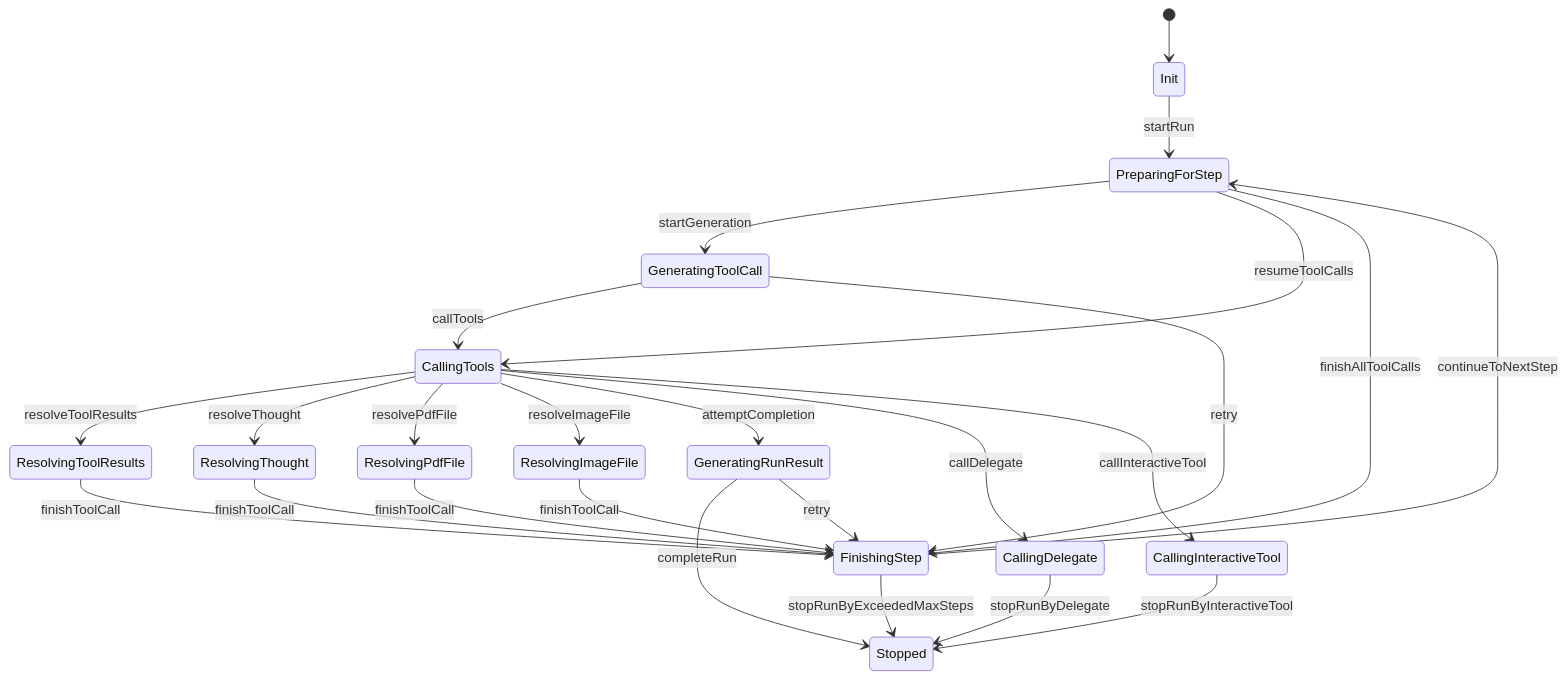
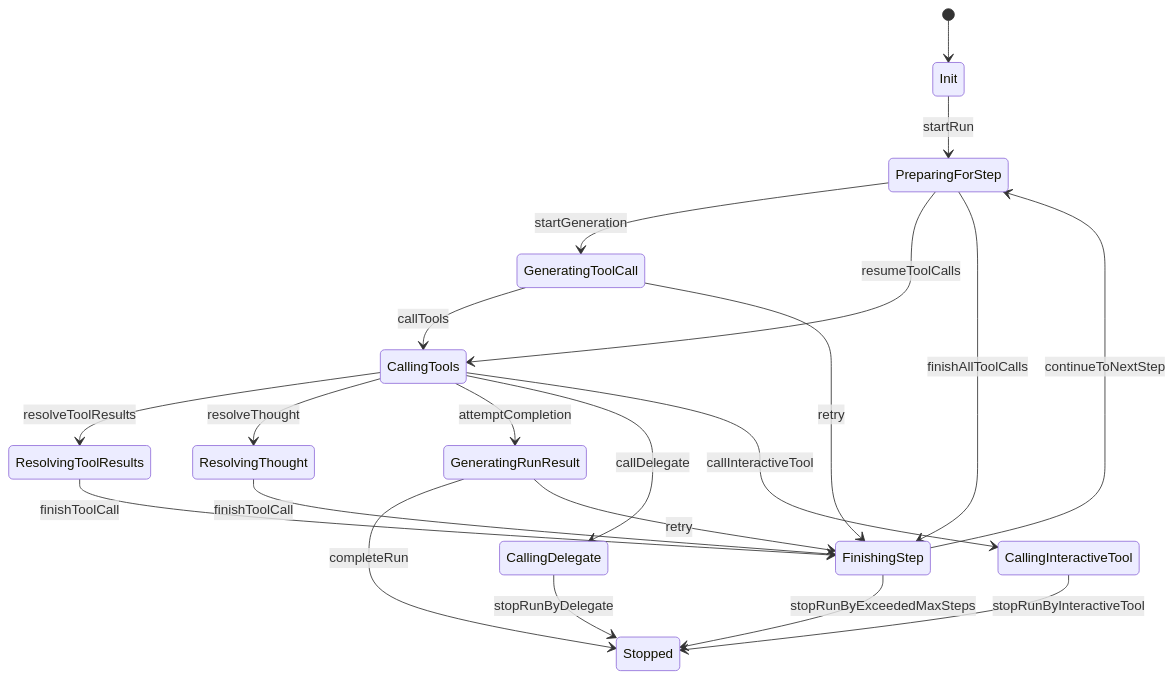
Before and after one commit to perstack-ai/perstack: the third of 3 diagrams in packages/runtime/README.md, drawn with Mermaid. The commit also changed other lines of this file and 12 other files, not shown here.

````diff
--- a/packages/runtime/README.md
+++ b/packages/runtime/README.md
@@ -183,33 +183,29 @@
 ```mermaid
 stateDiagram-v2
     [*] --> Init
     Init --> PreparingForStep: startRun
     PreparingForStep --> GeneratingToolCall: startGeneration
     PreparingForStep --> CallingTools: resumeToolCalls
     PreparingForStep --> FinishingStep: finishAllToolCalls
     
     GeneratingToolCall --> CallingTools: callTools
     GeneratingToolCall --> FinishingStep: retry
 
     CallingTools --> ResolvingToolResults: resolveToolResults
     CallingTools --> ResolvingThought: resolveThought
-    CallingTools --> ResolvingPdfFile: resolvePdfFile
-    CallingTools --> ResolvingImageFile: resolveImageFile
     CallingTools --> GeneratingRunResult: attemptCompletion
     CallingTools --> CallingDelegate: callDelegate
     CallingTools --> CallingInteractiveTool: callInteractiveTool
 
     ResolvingToolResults --> FinishingStep: finishToolCall
     ResolvingThought --> FinishingStep: finishToolCall
-    ResolvingPdfFile --> FinishingStep: finishToolCall
-    ResolvingImageFile --> FinishingStep: finishToolCall
 
     GeneratingRunResult --> Stopped: completeRun
     GeneratingRunResult --> FinishingStep: retry
 
     CallingInteractiveTool --> Stopped: stopRunByInteractiveTool
     CallingDelegate --> Stopped: stopRunByDelegate
     
     FinishingStep --> PreparingForStep: continueToNextStep
     FinishingStep --> Stopped: stopRunByExceededMaxSteps
 ```
````
